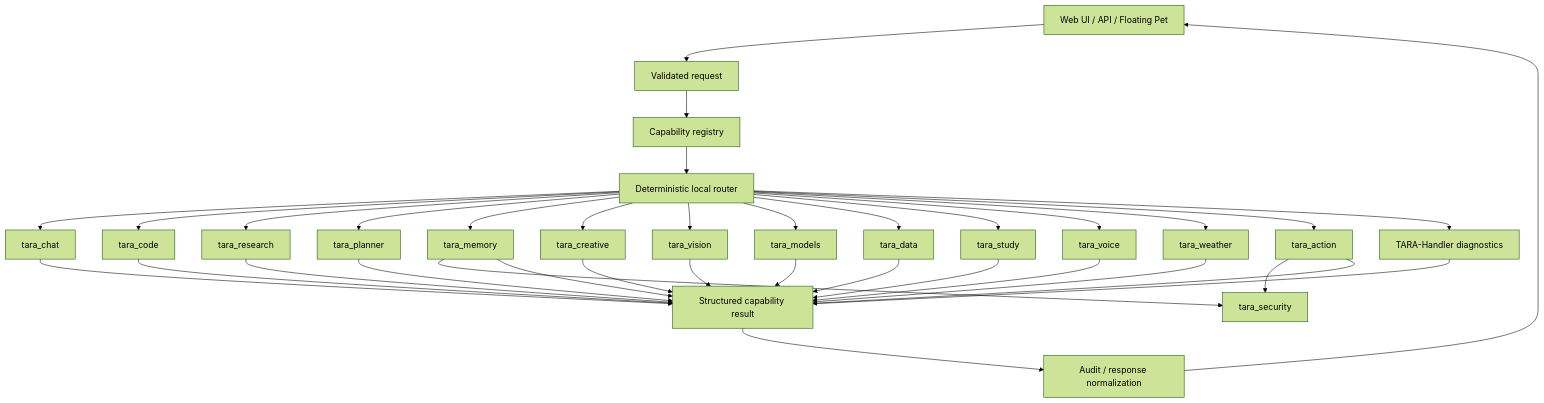
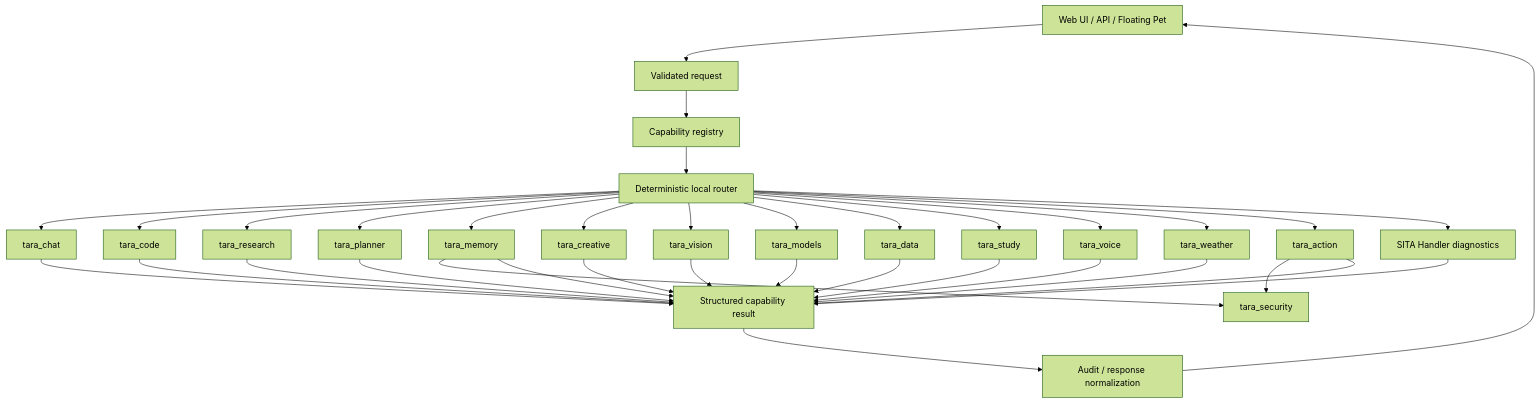
The second of 20 diagrams in docs/FEATURE_AND_NEURAL_NETWORK_DIAGRAMS.md (deathkernel/TARA-App), drawn with Mermaid (forest theme) before and after one commit. The commit also changed other lines of this file and 96 other files, not shown here.

Commit message:
feat(branding): rebrand TARA product as SITA

````diff
--- a/docs/FEATURE_AND_NEURAL_NETWORK_DIAGRAMS.md
+++ b/docs/FEATURE_AND_NEURAL_NETWORK_DIAGRAMS.md
@@ -51,38 +51,38 @@
 ```mermaid
 flowchart TD
   UI[Web UI / API / Floating Pet] --> Request[Validated request]
   Request --> Registry[Capability registry]
   Registry --> Router[Deterministic local router]
   Router --> Chat[tara_chat]
   Router --> Code[tara_code]
   Router --> Research[tara_research]
   Router --> Planner[tara_planner]
   Router --> Memory[tara_memory]
   Router --> Creative[tara_creative]
   Router --> Vision[tara_vision]
   Router --> Models[tara_models]
   Router --> Data[tara_data]
   Router --> Study[tara_study]
   Router --> Voice[tara_voice]
   Router --> Weather[tara_weather]
   Router --> Action[tara_action]
-  Router --> Handler[TARA-Handler diagnostics]
+  Router --> Handler[SITA Handler diagnostics]
   Action --> Sec[tara_security]
   Memory --> Sec
   Chat --> Result[Structured capability result]
   Code --> Result
   Research --> Result
   Planner --> Result
   Memory --> Result
   Creative --> Result
   Vision --> Result
   Models --> Result
   Data --> Result
   Study --> Result
   Voice --> Result
   Weather --> Result
   Action --> Result
   Handler --> Result
   Result --> Audit[Audit / response normalization]
   Audit --> UI
 ```
````
